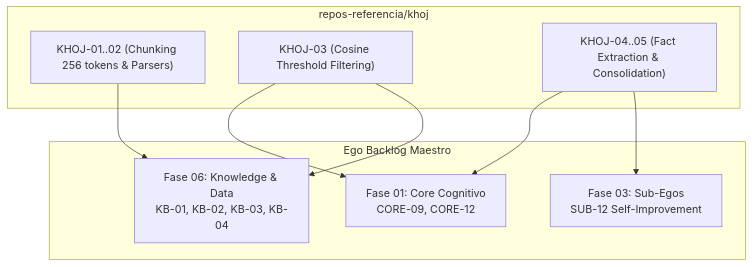
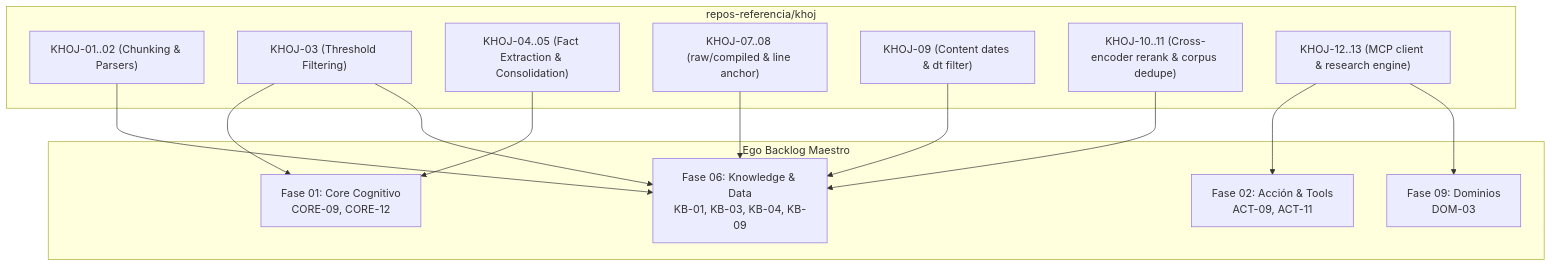
The diagram in docs/review/backlog-khoj.md (ness-e/Ego), drawn with Mermaid before and after one commit. The commit also changed other lines of this file and 15 other files, not shown here.

````diff
--- a/docs/review/backlog-khoj.md
+++ b/docs/review/backlog-khoj.md
@@ -45,20 +122,29 @@
 ```mermaid
 flowchart TD
     subgraph KhojExtraction ["repos-referencia/khoj"]
-        K_CHK["KHOJ-01..02 (Chunking 256 tokens & Parsers)"]
-        K_THR["KHOJ-03 (Cosine Threshold Filtering)"]
+        K_CHK["KHOJ-01..02 (Chunking & Parsers)"]
+        K_THR["KHOJ-03 (Threshold Filtering)"]
         K_FACT["KHOJ-04..05 (Fact Extraction & Consolidation)"]
+        K_PROV["KHOJ-07..08 (raw/compiled & line anchor)"]
+        K_TIME["KHOJ-09 (Content dates & dt filter)"]
+        K_RANK["KHOJ-10..11 (Cross-encoder rerank & corpus dedupe)"]
+        K_TOOL["KHOJ-12..13 (MCP client & research engine)"]
     end
 
     subgraph EgoBacklog ["Ego Backlog Maestro"]
         CORE["Fase 01: Core Cognitivo<br/>CORE-09, CORE-12"]
-        KB["Fase 06: Knowledge & Data<br/>KB-01, KB-02, KB-03, KB-04"]
-        SUB["Fase 03: Sub-Egos<br/>SUB-12 Self-Improvement"]
+        ACT["Fase 02: Acción & Tools<br/>ACT-09, ACT-11"]
+        KB["Fase 06: Knowledge & Data<br/>KB-01, KB-03, KB-04, KB-09"]
+        DOM["Fase 09: Dominios<br/>DOM-03"]
     end
 
     K_CHK --> KB
     K_THR --> CORE
     K_THR --> KB
     K_FACT --> CORE
-    K_FACT --> SUB
+    K_PROV --> KB
+    K_TIME --> KB
+    K_RANK --> KB
+    K_TOOL --> ACT
+    K_TOOL --> DOM
 ```
````
